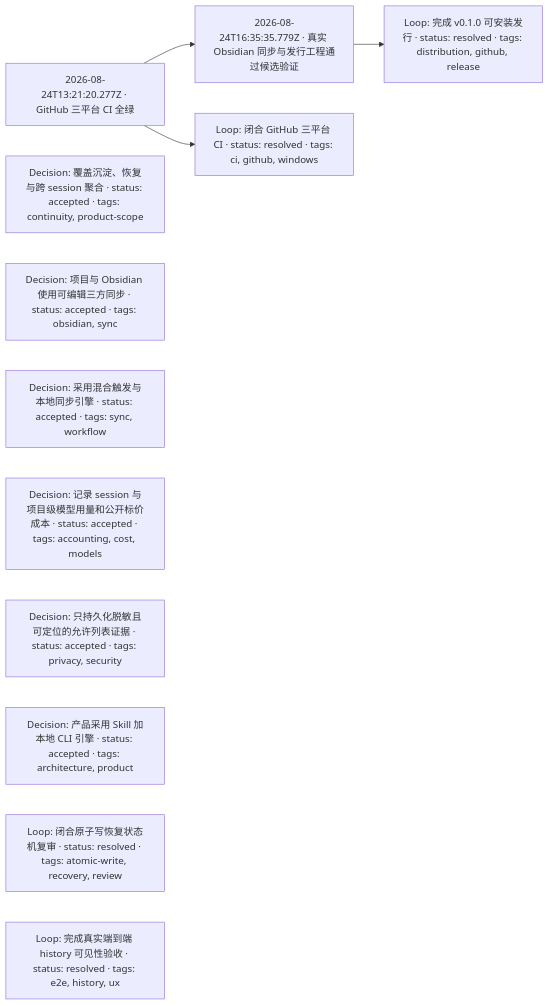
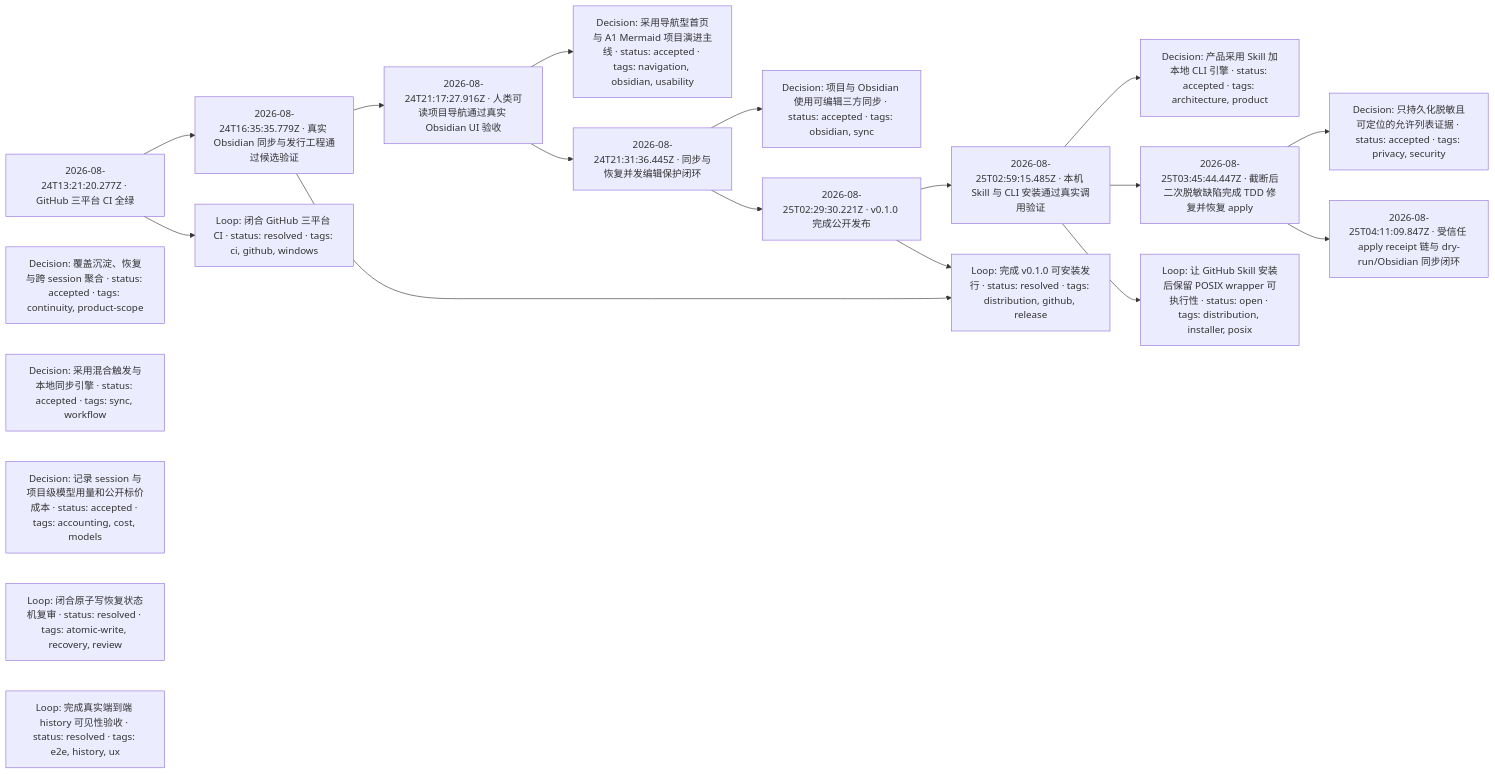
The second of 3 diagrams in docs/session-review/diagrams/project-evolution.md (NeoMei/SessionReviewer), drawn with Mermaid before and after one commit. The commit also changed other lines of this file and 17 other files, not shown here.

````diff
--- a/docs/session-review/diagrams/project-evolution.md
+++ b/docs/session-review/diagrams/project-evolution.md
@@ -19,18 +19,38 @@
 ```mermaid
 flowchart LR
   event_162f912a71cb["2026-08-24T13:21:20.277Z · GitHub 三平台 CI 全绿"]
   event_4334d43609d1["2026-08-24T16:35:35.779Z · 真实 Obsidian 同步与发行工程通过候选验证"]
+  event_88d9ca226874["2026-08-24T21:17:27.916Z · 人类可读项目导航通过真实 Obsidian UI 验收"]
+  event_8ccd3e348249["2026-08-24T21:31:36.445Z · 同步与恢复并发编辑保护闭环"]
+  event_bf72f4d2c87d["2026-08-25T02:29:30.221Z · v0.1.0 完成公开发布"]
+  event_1d394c46e2cf["2026-08-25T02:59:15.485Z · 本机 Skill 与 CLI 安装通过真实调用验证"]
+  event_9fd9b6ae809e["2026-08-25T03:45:44.447Z · 截断后二次脱敏缺陷完成 TDD 修复并恢复 apply"]
+  event_4e35eaa1000d["2026-08-25T04:11:09.847Z · 受信任 apply receipt 链与 dry-run/Obsidian 同步闭环"]
   decision_5dd62002d6a4["Decision: 覆盖沉淀、恢复与跨 session 聚合 · status: accepted · tags: continuity, product-scope"]
   decision_04220dd8a2c5["Decision: 项目与 Obsidian 使用可编辑三方同步 · status: accepted · tags: obsidian, sync"]
+  decision_29c068ff6e43["Decision: 采用导航型首页与 A1 Mermaid 项目演进主线 · status: accepted · tags: navigation, obsidian, usability"]
   decision_078fe83339c8["Decision: 采用混合触发与本地同步引擎 · status: accepted · tags: sync, workflow"]
   decision_ed466f029681["Decision: 记录 session 与项目级模型用量和公开标价成本 · status: accepted · tags: accounting, cost, models"]
   decision_9cd2795959d6["Decision: 只持久化脱敏且可定位的允许列表证据 · status: accepted · tags: privacy, security"]
   decision_757157859a2b["Decision: 产品采用 Skill 加本地 CLI 引擎 · status: accepted · tags: architecture, product"]
   loop_98b011131a63["Loop: 闭合原子写恢复状态机复审 · status: resolved · tags: atomic-write, recovery, review"]
   loop_a65fd34793b2["Loop: 闭合 GitHub 三平台 CI · status: resolved · tags: ci, github, windows"]
   loop_3012e18a6015["Loop: 完成真实端到端 history 可见性验收 · status: resolved · tags: e2e, history, ux"]
+  loop_7df6913742a9["Loop: 让 GitHub Skill 安装后保留 POSIX wrapper 可执行性 · status: open · tags: distribution, installer, posix"]
   loop_4ac845327a15["Loop: 完成 v0.1.0 可安装发行 · status: resolved · tags: distribution, github, release"]
   event_162f912a71cb --> event_4334d43609d1
   event_162f912a71cb --> loop_a65fd34793b2
+  event_1d394c46e2cf --> decision_757157859a2b
+  event_1d394c46e2cf --> event_9fd9b6ae809e
+  event_1d394c46e2cf --> loop_7df6913742a9
+  event_4334d43609d1 --> event_88d9ca226874
   event_4334d43609d1 --> loop_4ac845327a15
+  event_88d9ca226874 --> decision_29c068ff6e43
+  event_88d9ca226874 --> event_8ccd3e348249
+  event_8ccd3e348249 --> decision_04220dd8a2c5
+  event_8ccd3e348249 --> event_bf72f4d2c87d
+  event_9fd9b6ae809e --> decision_9cd2795959d6
+  event_9fd9b6ae809e --> event_4e35eaa1000d
+  event_bf72f4d2c87d --> event_1d394c46e2cf
+  event_bf72f4d2c87d --> loop_4ac845327a15
 ```
````
